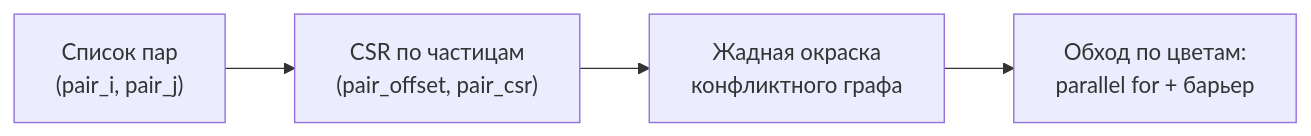
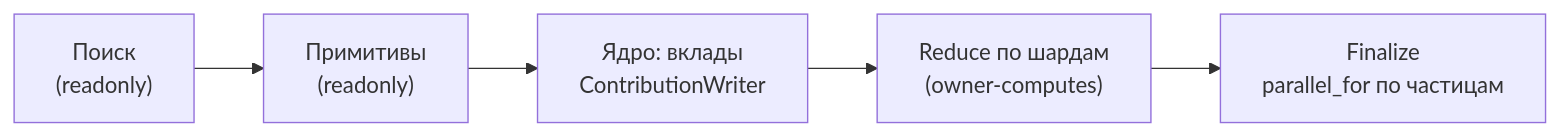
The diagram in docs/04-explanation/architecture/parallelism.md (smarry-code/SPH), drawn with Mermaid before and after one commit. The commit also changed other lines of this file and 41 other files, not shown here.

````diff
--- a/docs/04-explanation/architecture/parallelism.md
+++ b/docs/04-explanation/architecture/parallelism.md
@@ -25,6 +22,7 @@
 ```mermaid
 flowchart LR
-    A["Список пар<br/>(pair_i, pair_j)"] --> B["CSR по частицам<br/>(pair_offset, pair_csr)"]
-    B --> C["Жадная окраска<br/>конфликтного графа"]
-    C --> D["Обход по цветам:<br/>parallel for + барьер"]
+    A["Поиск<br/>(readonly)"] --> B["Примитивы<br/>(readonly)"]
+    B --> C["Ядро: вклады<br/>ContributionWriter"]
+    C --> D["Reduce по шардам<br/>(owner-computes)"]
+    D --> E["Finalize<br/>parallel_for по частицам"]
 ```
````
